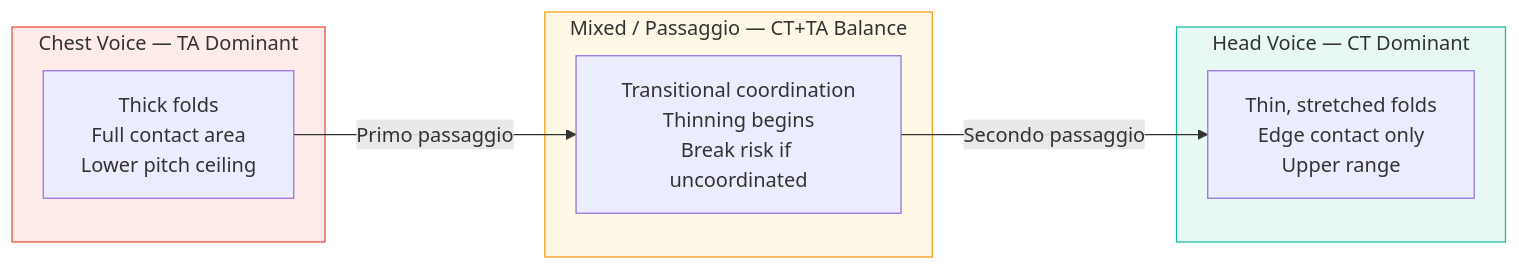
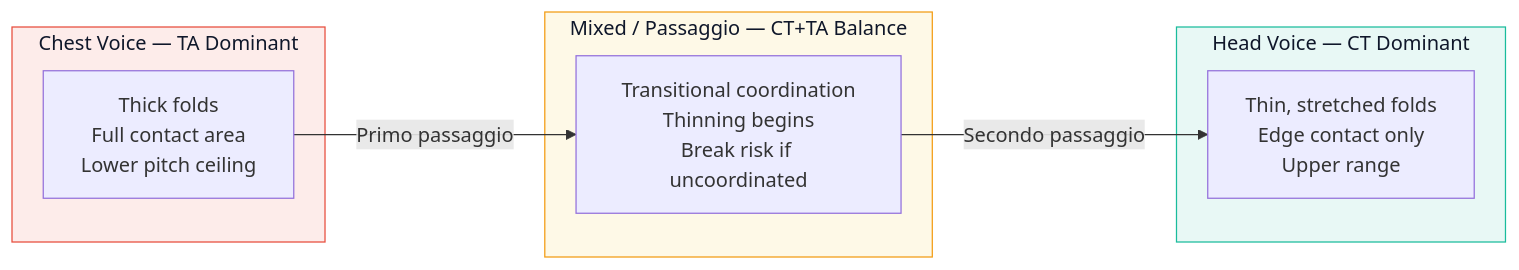
One commit to blebleblee/synapse changed the second of 5 diagrams in topics/arts/music_performance/vocals/lesson_01_vocal_anatomy.md. Above: the diagram before and after it, drawn with Mermaid. The commit also changed other lines of this file and 1464 other files, not shown here.

Commit message:
feat(release): curriculum vector mermaid upgrade, render hardening, and master synpack

````diff
--- a/topics/arts/music_performance/vocals/lesson_01_vocal_anatomy.md
+++ b/topics/arts/music_performance/vocals/lesson_01_vocal_anatomy.md
@@ -141,20 +141,20 @@
 ```mermaid
 flowchart LR
     subgraph sub_chest ["Chest Voice — TA Dominant"]
         A["Thick folds<br/>Full contact area<br/>Lower pitch ceiling"]
     end
 
     subgraph sub_mix ["Mixed / Passaggio — CT+TA Balance"]
         B["Transitional coordination<br/>Thinning begins<br/>Break risk if uncoordinated"]
     end
 
     subgraph sub_head ["Head Voice — CT Dominant"]
         C["Thin, stretched folds<br/>Edge contact only<br/>Upper range"]
     end
 
     A -->|"Primo passaggio"| B -->|"Secondo passaggio"| C
 
-    style sub_chest fill:#fdecea,stroke:#e74c3c
-    style sub_mix fill:#fef9e7,stroke:#f39c12
-    style sub_head fill:#e8f8f5,stroke:#1abc9c
+    style sub_chest fill:#fdecea,stroke:#e74c3c,color:#0f172a
+    style sub_mix fill:#fef9e7,stroke:#f39c12,color:#0f172a
+    style sub_head fill:#e8f8f5,stroke:#1abc9c,color:#0f172a
 ```
````
